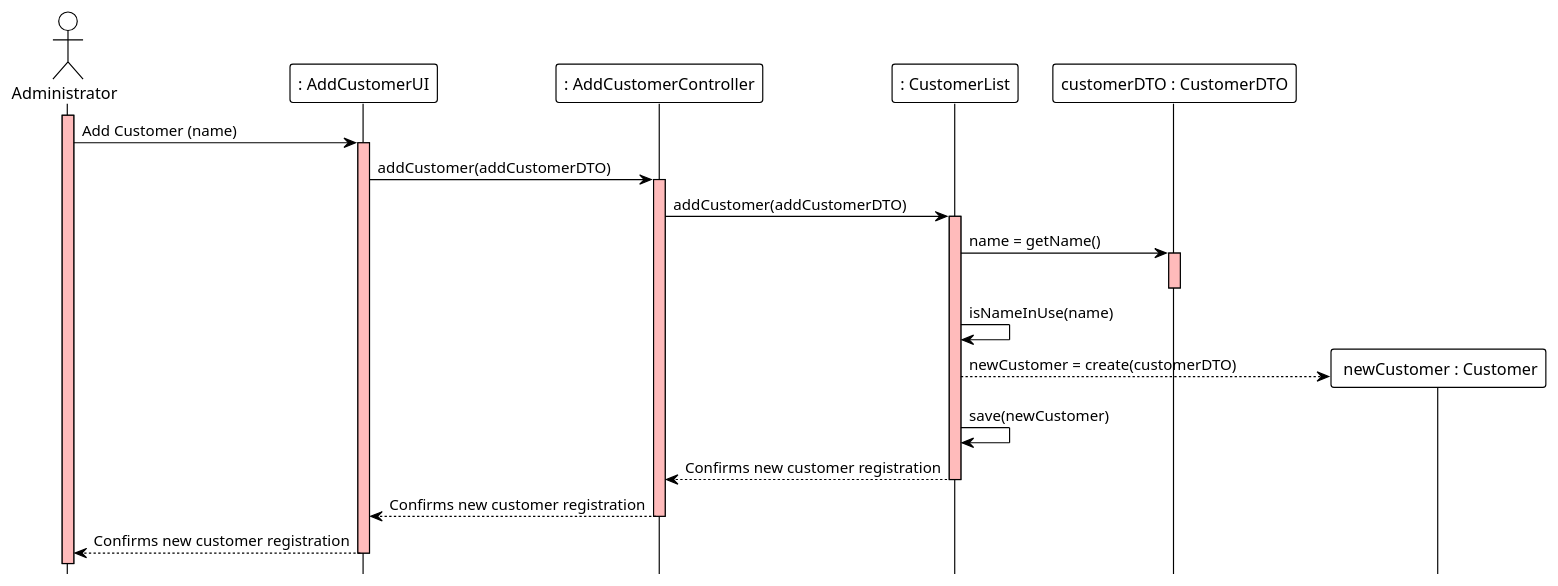
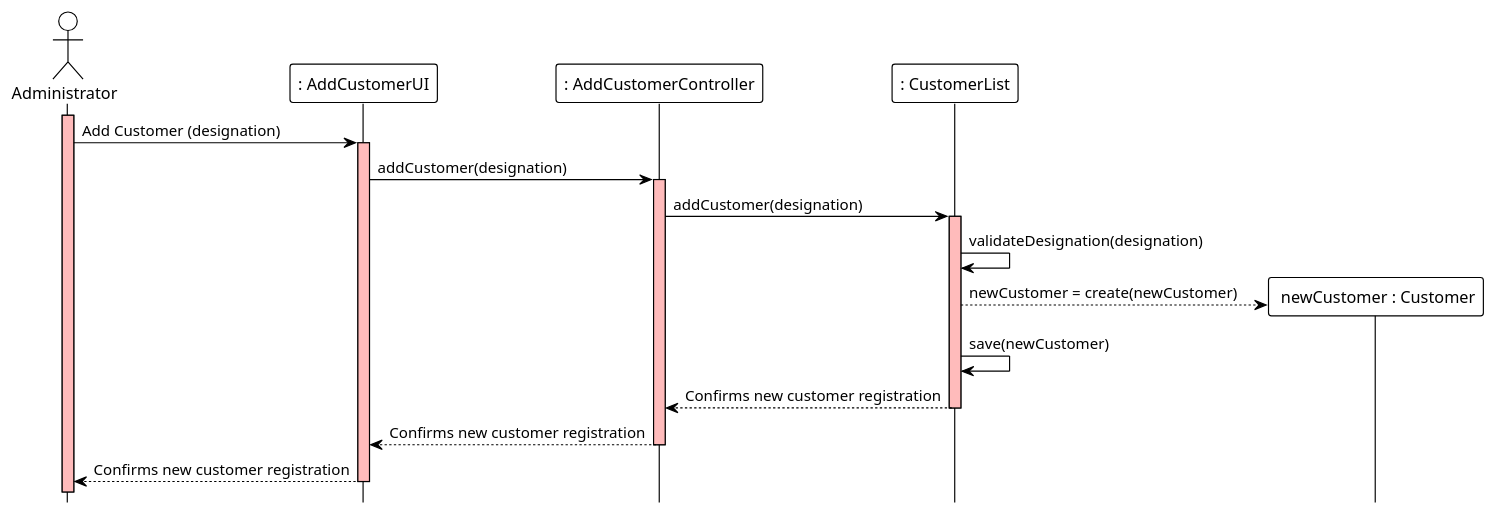
One commit to ivo-menezes/project_g3 changed the diagram in docs/modelling_design/user_stories/us009/US009_AddACustomerSD.puml. Above: the diagram before and after it, drawn with PlantUML.

Commit message:
US009: Design: US009_AddACustomerSD (update)

```diff
--- a/docs/modelling_design/user_stories/us009/US009_AddACustomerSD.puml
+++ b/docs/modelling_design/user_stories/us009/US009_AddACustomerSD.puml
@@ -1,47 +1,45 @@
 @startuml
 !theme plain
 hide footbox
 
 actor Administrator  as Administrator
 participant ": AddCustomerUI" as UI
 participant ": AddCustomerController" as Controller
 participant ": CustomerList" as List
-'participant " defaultProfile : Profile"
-'participant ": AccountList" as AccountList
-participant "customerDTO : CustomerDTO" as DTO
+'participant "customerDTO : CustomerDTO" as DTO
 participant " newCustomer : Customer" as newCustomer
 
 
 activate Administrator #FFBBBB
-Administrator ->  UI : Add Customer (name)
+Administrator ->  UI : Add Customer (designation)
 
 activate UI #FFBBBB
-UI -> Controller : addCustomer(addCustomerDTO)
+UI -> Controller : addCustomer(designation)
 
 activate Controller #FFBBBB
 'Controller -> List : defaultCustomer = getCustomerByName("name")
 
 'activate ProfileList #FFBBBB
 'deactivate ProfileList
 
-Controller -> List : addCustomer(addCustomerDTO)
+Controller -> List : addCustomer(designation)
 
 activate List #FFBBBB
-List -> DTO : name = getName()
+'List -> DTO : name = getName()
 
-activate DTO #FFBBBB
-deactivate DTO
+'activate DTO #FFBBBB
+'deactivate DTO
 
-List -> List : isNameInUse(name)
+List -> List : validateDesignation(designation)
 
-List --> newCustomer ** : newCustomer = create(customerDTO)
+List --> newCustomer ** : newCustomer = create(newCustomer)
 List -> List : save(newCustomer)
 
 List --> Controller : Confirms new customer registration
 deactivate List
 
 Controller --> UI : Confirms new customer registration
 deactivate Controller
 UI --> Administrator : Confirms new customer registration
 deactivate UI
 @enduml
```
